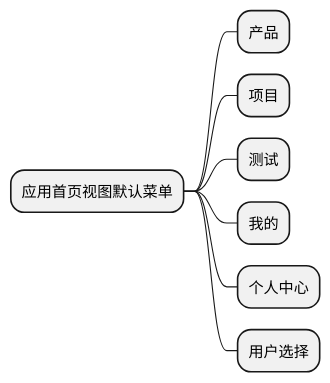
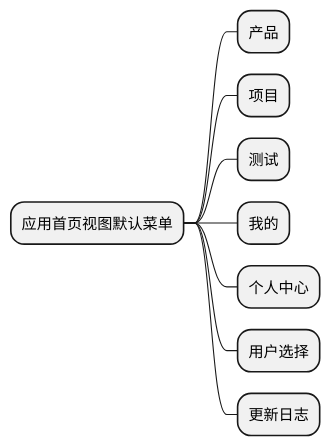
The diagram in ibizpms-docs/src/main/doc/v1/app/mob/AppIndexView.md (zj335841911/nt_chandao), drawn with PlantUML before and after one commit. The commit also changed other lines of this file and 9 other files, not shown here.

```diff
--- a/ibizpms-docs/src/main/doc/v1/app/mob/AppIndexView.md
+++ b/ibizpms-docs/src/main/doc/v1/app/mob/AppIndexView.md
@@ -5,11 +5,12 @@
 {% plantuml %}
 @startmindmap
 * 应用首页视图默认菜单
 ** 产品
 ** 项目
 ** 测试
 ** 我的
 ** 个人中心
 ** 用户选择
+** 更新日志
 @endmindmap
 {% endplantuml %}
```
